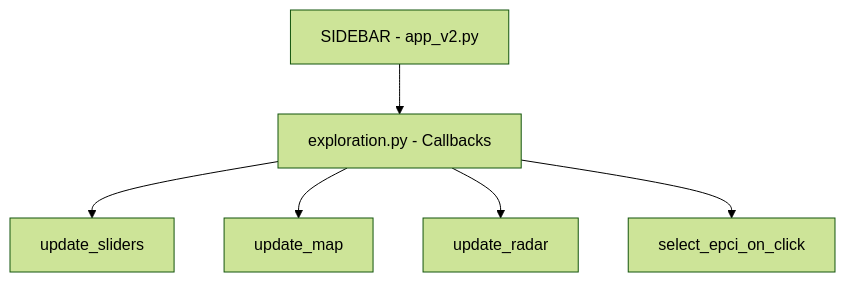
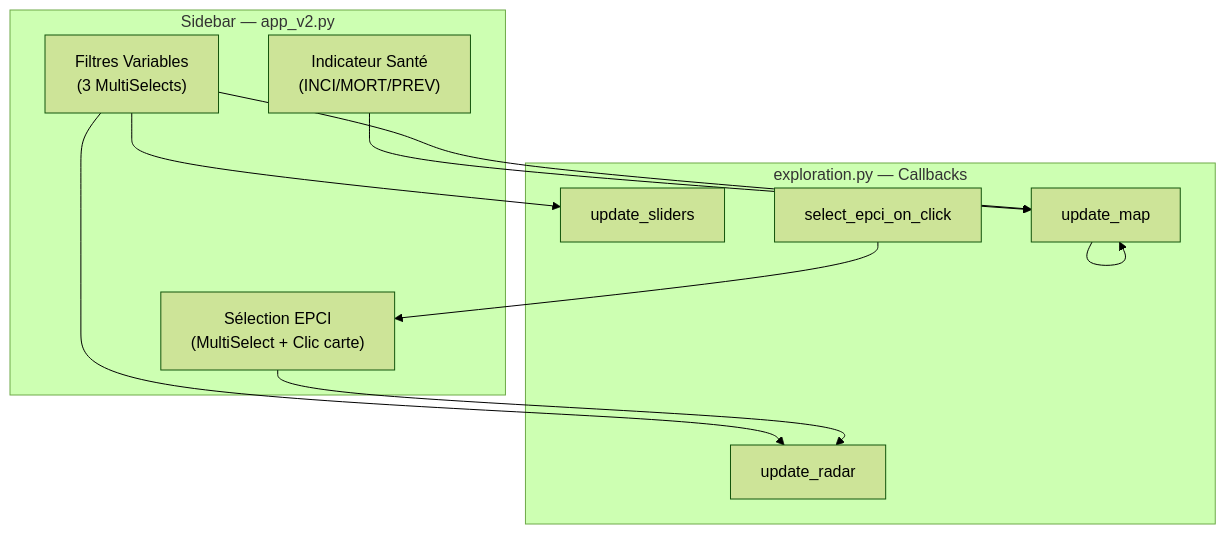
One commit to raphaelcontri/SeniAura changed the diagram in docs/backend.md. Above: the diagram before and after it, drawn with Mermaid (forest theme). The commit also changed other lines of this file and 15 other files, not shown here.

````diff
--- a/docs/backend.md
+++ b/docs/backend.md
@@ -50,8 +84,23 @@
 ```mermaid
 graph TD
-    A[SIDEBAR - app_v2.py] --> B[exploration.py - Callbacks]
-    B --> C[update_sliders]
-    B --> D[update_map]
-    B --> E[update_radar]
-    B --> F[select_epci_on_click]
+    subgraph Sidebar [Sidebar — app_v2.py]
+        A["Indicateur Santé\n(INCI/MORT/PREV)"]
+        B["Filtres Variables\n(3 MultiSelects)"]
+        C["Sélection EPCI\n(MultiSelect + Clic carte)"]
+    end
+
+    subgraph Callbacks [exploration.py — Callbacks]
+        D[update_sliders]
+        E[update_map]
+        F[update_radar]
+        G[select_epci_on_click]
+    end
+
+    A --> E
+    B --> D
+    B --> E
+    B --> F
+    C --> F
+    G --> C
+    E --> E
 ```
````
